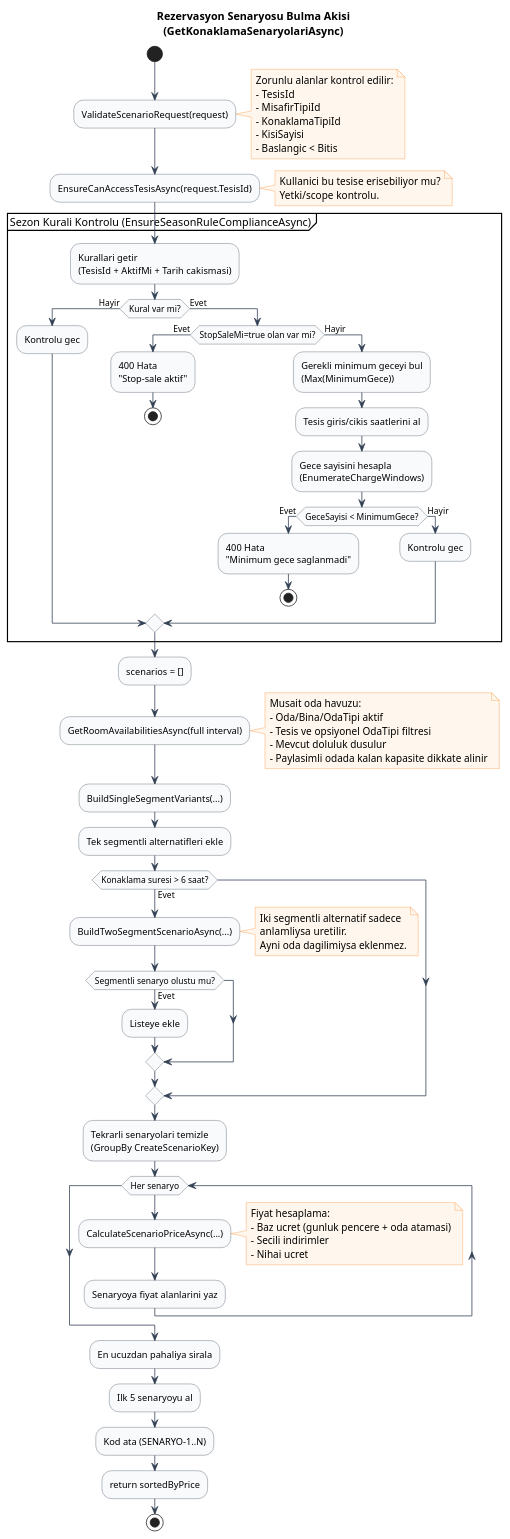
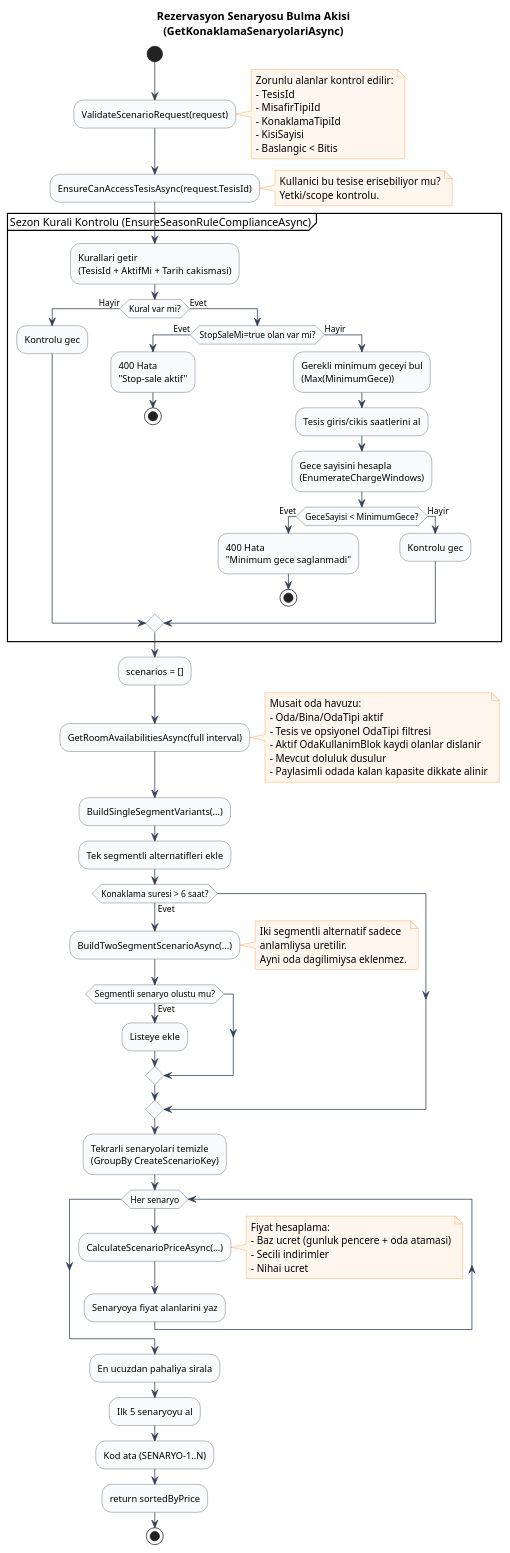
The first of 3 diagrams in README.md (oenderdemir/STYS), drawn with PlantUML before and after one commit. The commit also changed other lines of this file and 39 other files, not shown here.

```diff
--- a/README.md
+++ b/README.md
@@ -69,6 +69,7 @@
 Musait oda havuzu:
 - Oda/Bina/OdaTipi aktif
 - Tesis ve opsiyonel OdaTipi filtresi
+- Aktif OdaKullanimBlok kaydi olanlar dislanir
 - Mevcut doluluk dusulur
 - Paylasimli odada kalan kapasite dikkate alinir
 end note
```
